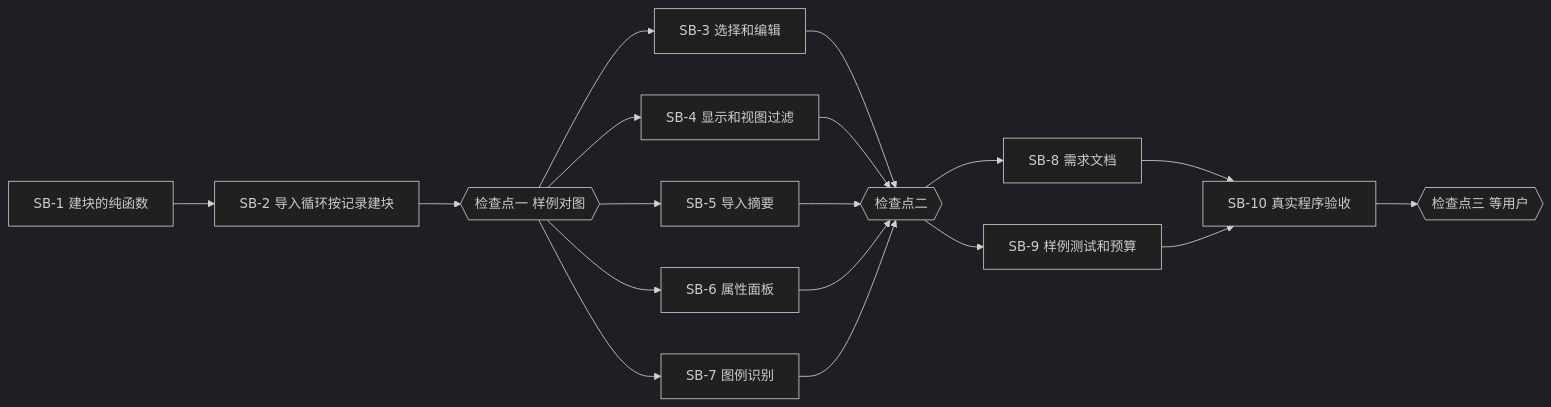
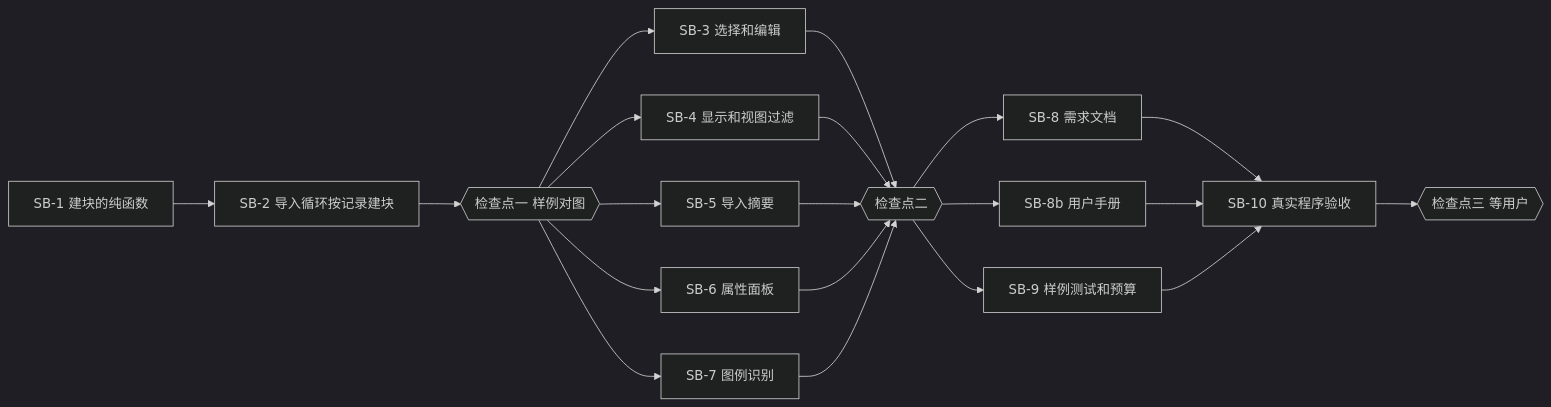
The diagram in docs/plans/2026-11-19-pid-symbol-block/plan.md (happyrust/pid-cad), drawn with Mermaid (dark theme) before and after one commit. The commit also changed other lines of this file and 30 other files, not shown here.

````diff
--- a/docs/plans/2026-11-19-pid-symbol-block/plan.md
+++ b/docs/plans/2026-11-19-pid-symbol-block/plan.md
@@ -57,20 +57,22 @@
 ```mermaid
 flowchart LR
   SB1[SB-1 建块的纯函数] --> SB2[SB-2 导入循环按记录建块]
   SB2 --> CP1{{检查点一 样例对图}}
   CP1 --> SB3[SB-3 选择和编辑]
   CP1 --> SB4[SB-4 显示和视图过滤]
   CP1 --> SB5[SB-5 导入摘要]
   CP1 --> SB6[SB-6 属性面板]
   CP1 --> SB7[SB-7 图例识别]
   SB3 --> CP2{{检查点二}}
   SB4 --> CP2
   SB5 --> CP2
   SB6 --> CP2
   SB7 --> CP2
   CP2 --> SB8[SB-8 需求文档]
+  CP2 --> SB8b[SB-8b 用户手册]
   CP2 --> SB9[SB-9 样例测试和预算]
   SB8 --> SB10[SB-10 真实程序验收]
+  SB8b --> SB10
   SB9 --> SB10
   SB10 --> CP3{{检查点三 等用户}}
 ```
````
